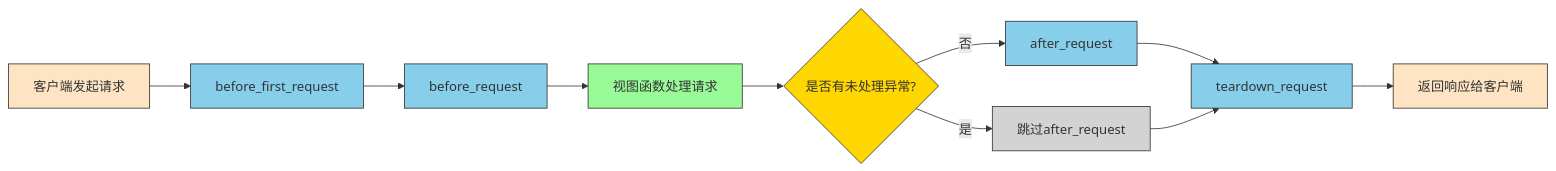
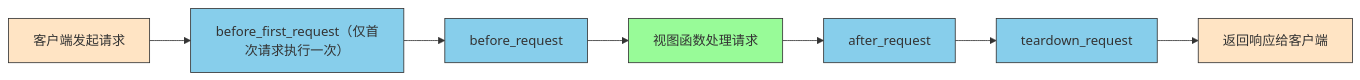
One commit to MuyuQ/MuyuQ.github.io changed the diagram in docs/Python/Flask请求钩子指南.md. Above: the diagram before and after it, drawn with Mermaid. The commit also changed other lines of this file and 82 other files, not shown here.

````diff
--- a/docs/Python/Flask请求钩子指南.md
+++ b/docs/Python/Flask请求钩子指南.md
@@ -115,22 +116,17 @@
 ```mermaid
 graph LR
-    A[客户端发起请求] --> B[before_first_request]
+    A[客户端发起请求] --> B["before_first_request（仅首次请求执行一次）"]
     B --> C[before_request]
     C --> D[视图函数处理请求]
-    D --> E{是否有未处理异常?}
-    E -->|否| F[after_request]
-    E -->|是| G[跳过after_request]
-    F --> H[teardown_request]
-    G --> H
-    H --> I[返回响应给客户端]
+    D --> E[after_request]
+    E --> F[teardown_request]
+    F --> G[返回响应给客户端]
     
     style A fill:#FFE4C4,stroke:#333
     style B fill:#87CEEB,stroke:#333
     style C fill:#87CEEB,stroke:#333
     style D fill:#98FB98,stroke:#333
-    style E fill:#FFD700,stroke:#333
+    style E fill:#87CEEB,stroke:#333
     style F fill:#87CEEB,stroke:#333
-    style G fill:#D3D3D3,stroke:#333
-    style H fill:#87CEEB,stroke:#333
-    style I fill:#FFE4C4,stroke:#333
+    style G fill:#FFE4C4,stroke:#333
 ```
````
